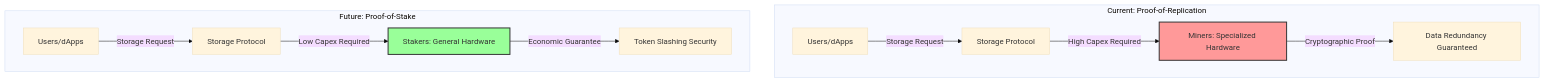
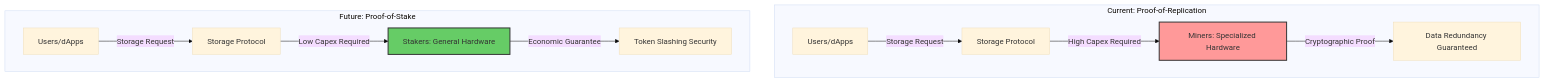
The third of 16 diagrams in Industry/Blockchain/Blockchain/ValueChain/QA_DeepSeek.md (ljg-cqu/knowledge), drawn with Mermaid (base theme) before and after one commit. The commit also changed other lines of this file and 6 other files, not shown here.

````diff
--- a/Industry/Blockchain/Blockchain/ValueChain/QA_DeepSeek.md
+++ b/Industry/Blockchain/Blockchain/ValueChain/QA_DeepSeek.md
@@ -123,17 +123,17 @@
 ```mermaid
 graph TD
     subgraph "Current: Proof-of-Replication"
         A1[Users/dApps] -->|Storage Request| B1[Storage Protocol]
         B1 -->|High Capex Required| C1[Miners: Specialized Hardware]
         C1 -->|Cryptographic Proof| D1[Data Redundancy Guaranteed]
     end
     
     subgraph "Future: Proof-of-Stake"
         A2[Users/dApps] -->|Storage Request| B2[Storage Protocol]
         B2 -->|Low Capex Required| C2[Stakers: General Hardware]
         C2 -->|Economic Guarantee| D2[Token Slashing Security]
     end
     
     style C1 fill:#f99,stroke:#333,stroke-width:2px
-    style C2 fill:#9f9,stroke:#333,stroke-width:2px
+    style C2 fill:#6c6,stroke:#333,stroke-width:2px
 ```
````
